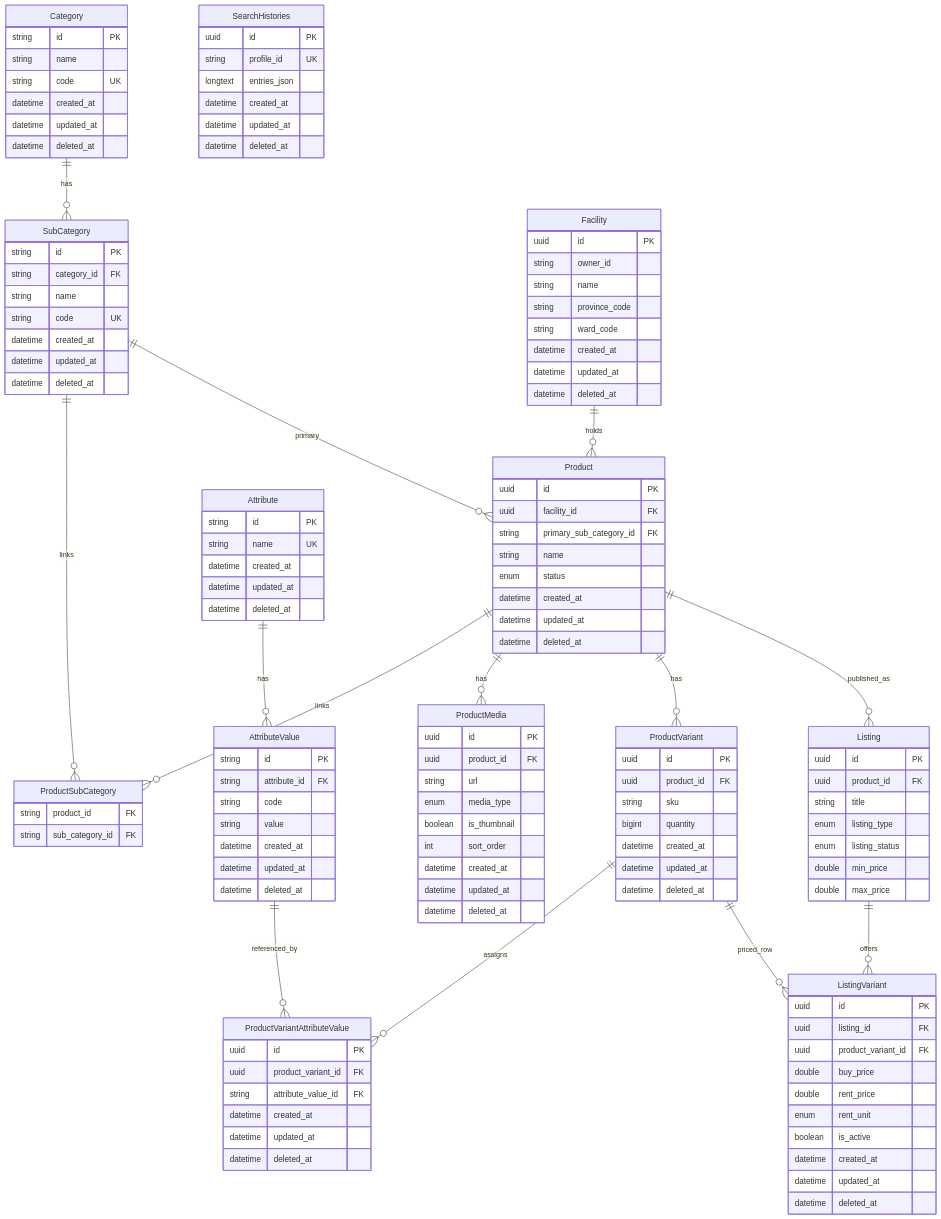
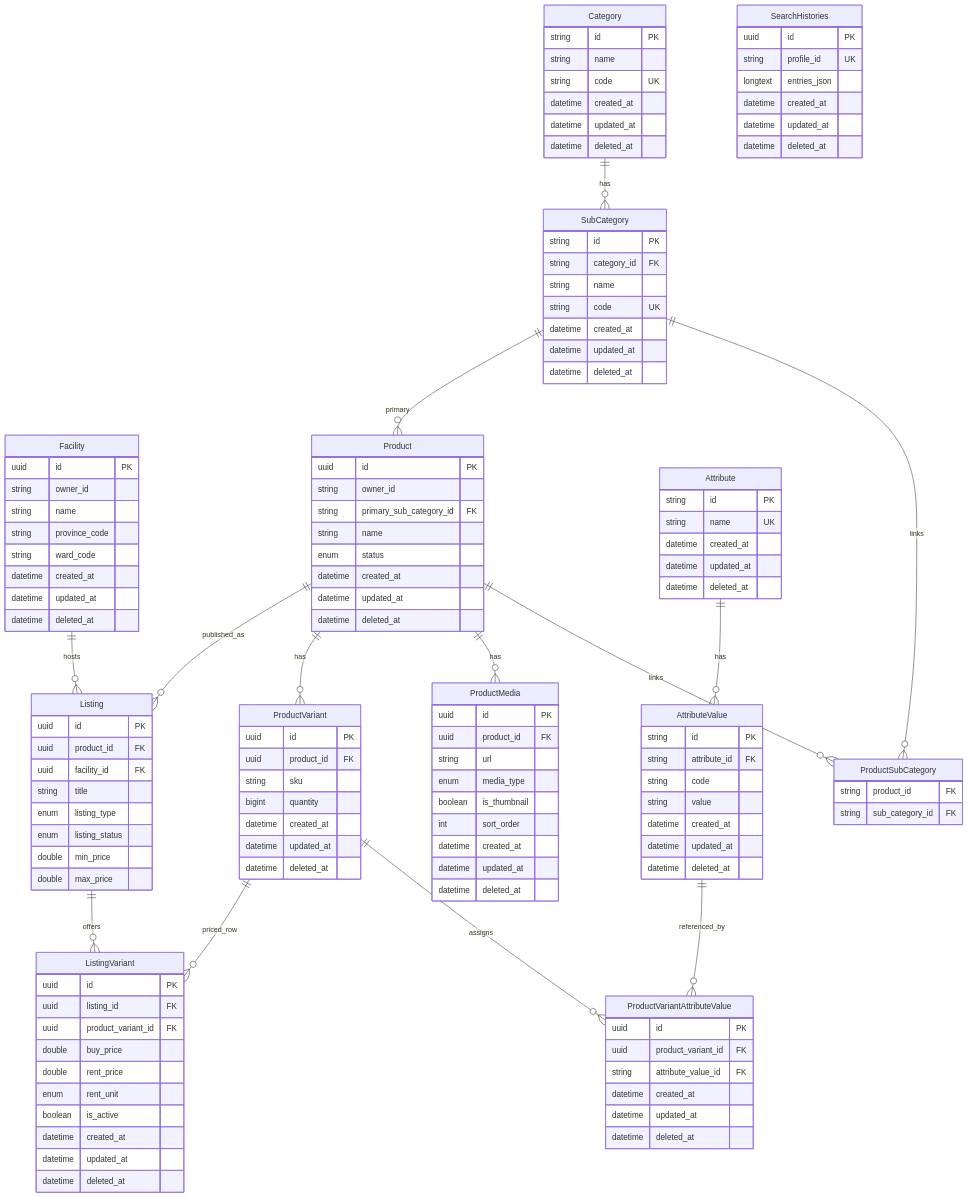
One commit to Naodab/Second_Life changed the diagram in productservice/README.md. Above: the diagram before and after it, drawn with Mermaid. The commit also changed other lines of this file and 52 other files, not shown here.

````diff
--- a/productservice/README.md
+++ b/productservice/README.md
@@ -54,7 +54,7 @@
     }
     Product {
         uuid id PK
-        uuid facility_id FK
+        string owner_id
         string primary_sub_category_id FK
         string name
         enum status
@@ -109,6 +109,7 @@
     Listing {
         uuid id PK
         uuid product_id FK
+        uuid facility_id FK
         string title
         enum listing_type
         enum listing_status
@@ -138,7 +139,6 @@
     Category ||--o{ SubCategory : has
     SubCategory ||--o{ ProductSubCategory : links
     Product ||--o{ ProductSubCategory : links
-    Facility ||--o{ Product : holds
     SubCategory ||--o{ Product : primary
     Product ||--o{ ProductMedia : has
     Product ||--o{ ProductVariant : has
@@ -146,6 +146,7 @@
     ProductVariant ||--o{ ProductVariantAttributeValue : assigns
     AttributeValue ||--o{ ProductVariantAttributeValue : referenced_by
     Product ||--o{ Listing : published_as
+    Facility ||--o{ Listing : hosts
     Listing ||--o{ ListingVariant : offers
     ProductVariant ||--o{ ListingVariant : priced_row
 ```
````
